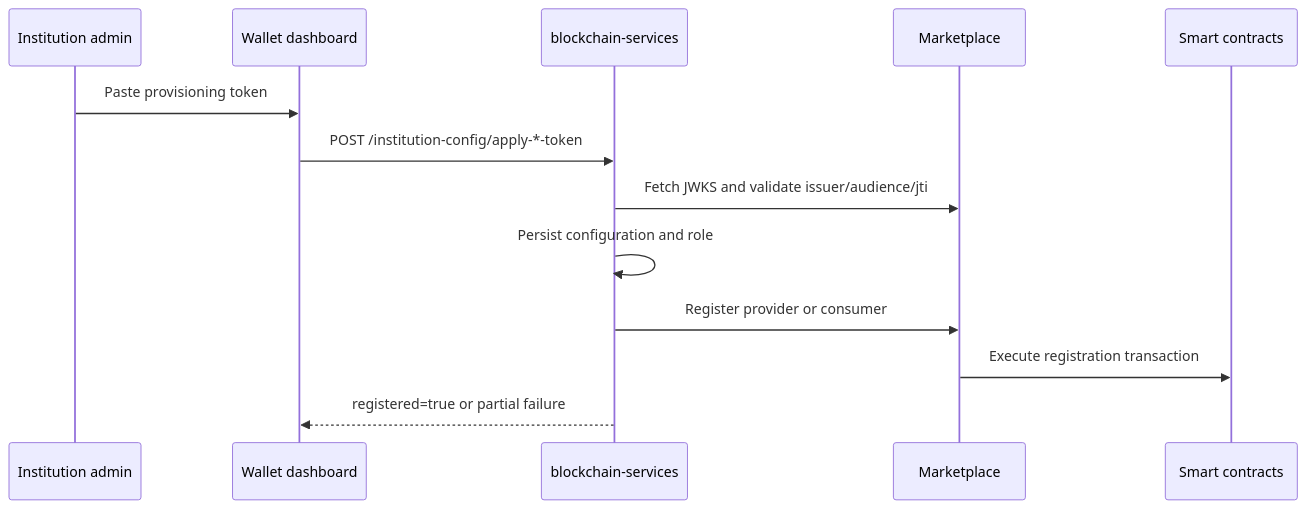
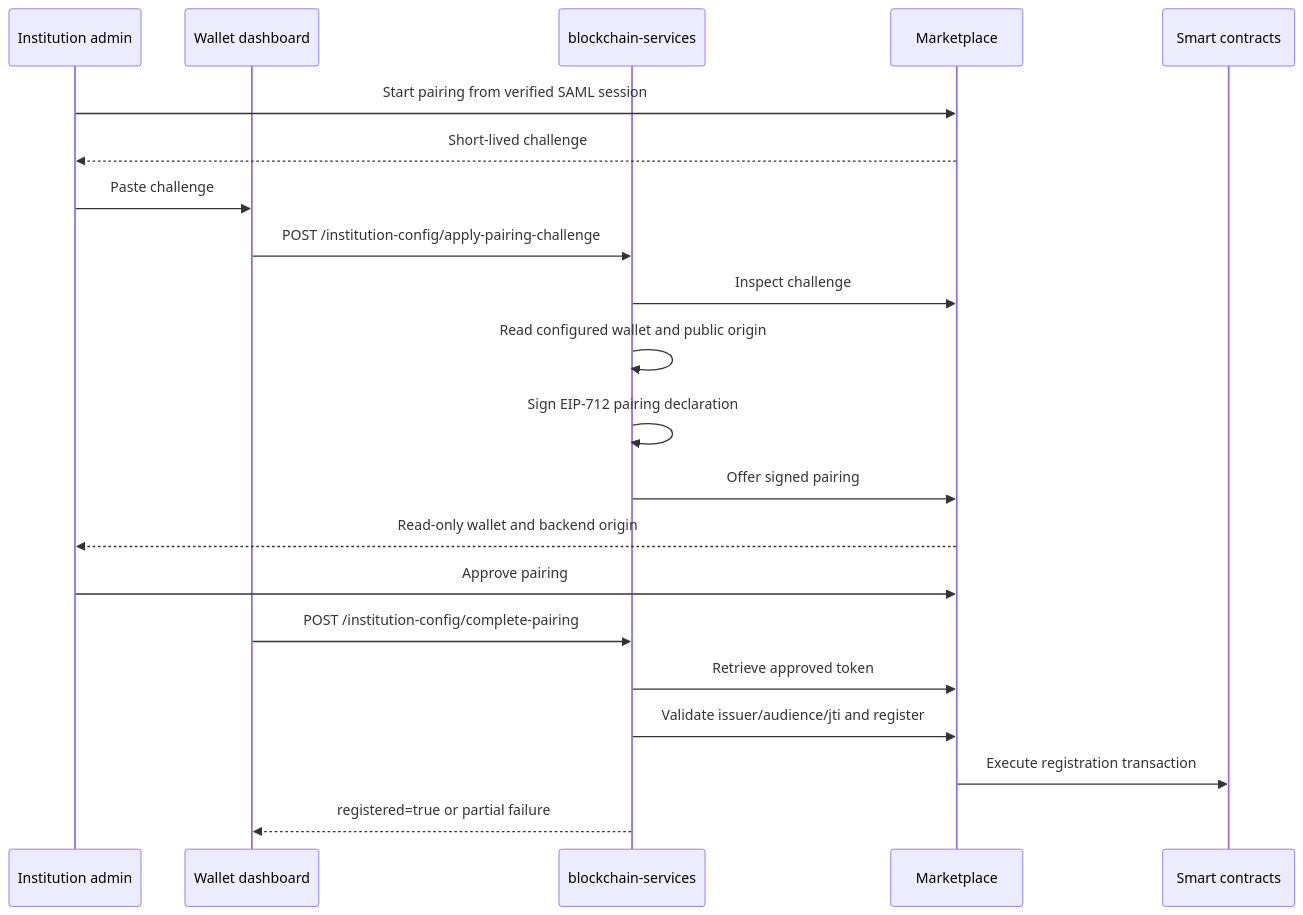
The third of 3 diagrams in docs/services/intents/INTENTS_PROVISIONING.md (DecentraLabsCom/Blockchain-Services), drawn with Mermaid before and after one commit. The commit also changed other lines of this file and 31 other files, not shown here.

Commit message:
Harden SAML and provisioning flows

````diff
--- a/docs/services/intents/INTENTS_PROVISIONING.md
+++ b/docs/services/intents/INTENTS_PROVISIONING.md
@@ -121,16 +129,24 @@
 ```mermaid
 sequenceDiagram
     participant Admin as Institution admin
     participant UI as Wallet dashboard
     participant B as blockchain-services
     participant M as Marketplace
     participant C as Smart contracts
 
-    Admin->>UI: Paste provisioning token
-    UI->>B: POST /institution-config/apply-*-token
-    B->>M: Fetch JWKS and validate issuer/audience/jti
-    B->>B: Persist configuration and role
-    B->>M: Register provider or consumer
+    Admin->>M: Start pairing from verified SAML session
+    M-->>Admin: Short-lived challenge
+    Admin->>UI: Paste challenge
+    UI->>B: POST /institution-config/apply-pairing-challenge
+    B->>M: Inspect challenge
+    B->>B: Read configured wallet and public origin
+    B->>B: Sign EIP-712 pairing declaration
+    B->>M: Offer signed pairing
+    M-->>Admin: Read-only wallet and backend origin
+    Admin->>M: Approve pairing
+    UI->>B: POST /institution-config/complete-pairing
+    B->>M: Retrieve approved token
+    B->>M: Validate issuer/audience/jti and register
     M->>C: Execute registration transaction
     B-->>UI: registered=true or partial failure
 ```
````
